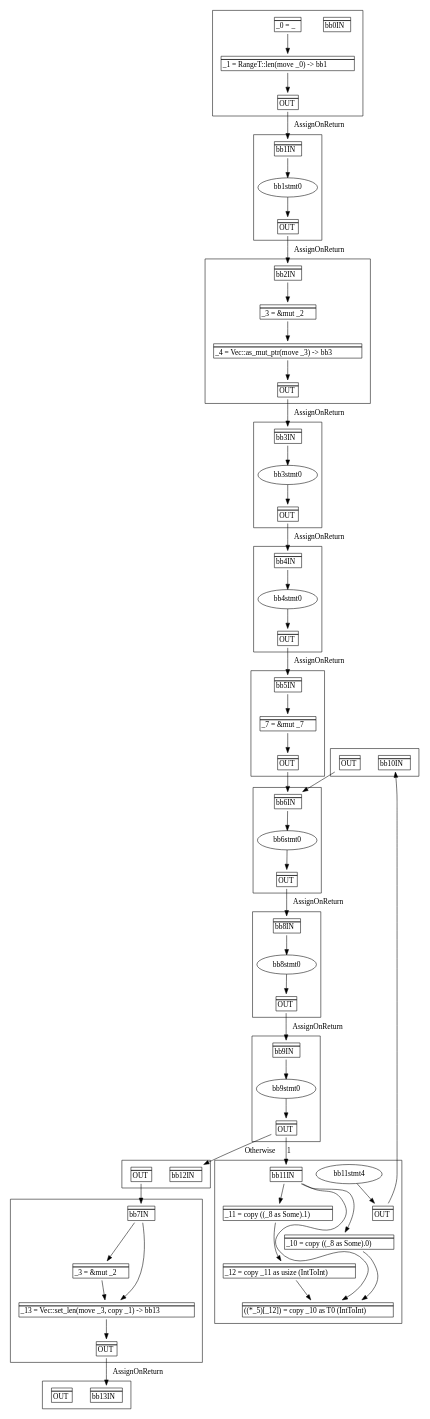
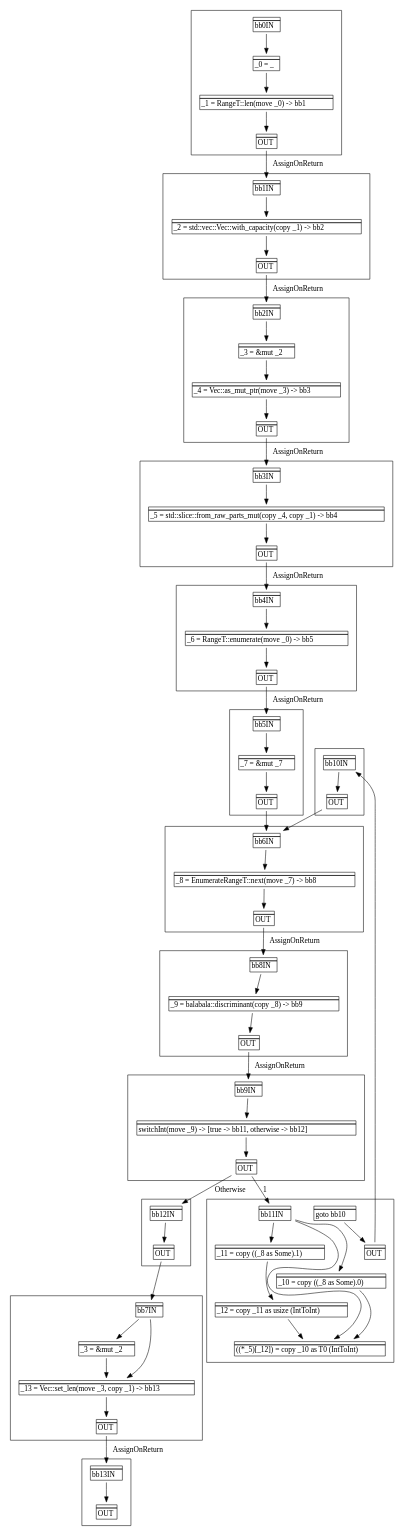
The diagram in crates/rpl_graphviz/graphs/cve_2021_29941_2_pat_ddg.dot (stuuupidcat/RPL), drawn with Graphviz before and after one commit. The commit also changed 8 other files, not shown here.

```diff
--- a/crates/rpl_graphviz/graphs/cve_2021_29941_2_pat_ddg.dot
+++ b/crates/rpl_graphviz/graphs/cve_2021_29941_2_pat_ddg.dot
@@ -1,114 +1,125 @@
 digraph name {
 subgraph cluster_bb0 {
     bb0IN [shape="none", label=<<table border="0" cellborder="1" cellspacing="0"><tr><td  align="center" colspan="1"></td></tr><tr><td align="left">bb0IN</td></tr></table>>];
+    bb0OUT [shape="none", label=<<table border="0" cellborder="1" cellspacing="0"><tr><td  align="center" colspan="1"></td></tr><tr><td align="left">OUT</td></tr></table>>];
     bb0stmt0 [shape="none", label=<<table border="0" cellborder="1" cellspacing="0"><tr><td  align="center" colspan="1"></td></tr><tr><td align="left">_0 = _</td></tr></table>>];
     bb0stmt1 [shape="none", label=<<table border="0" cellborder="1" cellspacing="0"><tr><td  align="center" colspan="1"></td></tr><tr><td align="left">_1 = RangeT::len(move _0) -&gt; bb1</td></tr></table>>];
-    bb0OUT [shape="none", label=<<table border="0" cellborder="1" cellspacing="0"><tr><td  align="center" colspan="1"></td></tr><tr><td align="left">OUT</td></tr></table>>];
+    bb0stmt1 -> bb0OUT [label=""];
+    bb0IN -> bb0stmt0 [label=""];
     bb0stmt0 -> bb0stmt1 [label=""];
-    bb0stmt1 -> bb0OUT [label=""];
 }
 subgraph cluster_bb1 {
     bb1IN [shape="none", label=<<table border="0" cellborder="1" cellspacing="0"><tr><td  align="center" colspan="1"></td></tr><tr><td align="left">bb1IN</td></tr></table>>];
     bb1OUT [shape="none", label=<<table border="0" cellborder="1" cellspacing="0"><tr><td  align="center" colspan="1"></td></tr><tr><td align="left">OUT</td></tr></table>>];
+    bb1stmt0 [shape="none", label=<<table border="0" cellborder="1" cellspacing="0"><tr><td  align="center" colspan="1"></td></tr><tr><td align="left">_2 = std::vec::Vec::with_capacity(copy _1) -&gt; bb2</td></tr></table>>];
     bb1IN -> bb1stmt0 [label=""];
     bb1stmt0 -> bb1OUT [label=""];
 }
 subgraph cluster_bb2 {
     bb2IN [shape="none", label=<<table border="0" cellborder="1" cellspacing="0"><tr><td  align="center" colspan="1"></td></tr><tr><td align="left">bb2IN</td></tr></table>>];
+    bb2OUT [shape="none", label=<<table border="0" cellborder="1" cellspacing="0"><tr><td  align="center" colspan="1"></td></tr><tr><td align="left">OUT</td></tr></table>>];
     bb2stmt0 [shape="none", label=<<table border="0" cellborder="1" cellspacing="0"><tr><td  align="center" colspan="1"></td></tr><tr><td align="left">_3 = &amp;mut _2</td></tr></table>>];
     bb2stmt1 [shape="none", label=<<table border="0" cellborder="1" cellspacing="0"><tr><td  align="center" colspan="1"></td></tr><tr><td align="left">_4 = Vec::as_mut_ptr(move _3) -&gt; bb3</td></tr></table>>];
-    bb2OUT [shape="none", label=<<table border="0" cellborder="1" cellspacing="0"><tr><td  align="center" colspan="1"></td></tr><tr><td align="left">OUT</td></tr></table>>];
     bb2IN -> bb2stmt0 [label=""];
+    bb2stmt1 -> bb2OUT [label=""];
     bb2stmt0 -> bb2stmt1 [label=""];
-    bb2stmt1 -> bb2OUT [label=""];
 }
 subgraph cluster_bb3 {
     bb3IN [shape="none", label=<<table border="0" cellborder="1" cellspacing="0"><tr><td  align="center" colspan="1"></td></tr><tr><td align="left">bb3IN</td></tr></table>>];
     bb3OUT [shape="none", label=<<table border="0" cellborder="1" cellspacing="0"><tr><td  align="center" colspan="1"></td></tr><tr><td align="left">OUT</td></tr></table>>];
+    bb3stmt0 [shape="none", label=<<table border="0" cellborder="1" cellspacing="0"><tr><td  align="center" colspan="1"></td></tr><tr><td align="left">_5 = std::slice::from_raw_parts_mut(copy _4, copy _1) -&gt; bb4</td></tr></table>>];
     bb3IN -> bb3stmt0 [label=""];
     bb3stmt0 -> bb3OUT [label=""];
 }
 subgraph cluster_bb4 {
     bb4IN [shape="none", label=<<table border="0" cellborder="1" cellspacing="0"><tr><td  align="center" colspan="1"></td></tr><tr><td align="left">bb4IN</td></tr></table>>];
     bb4OUT [shape="none", label=<<table border="0" cellborder="1" cellspacing="0"><tr><td  align="center" colspan="1"></td></tr><tr><td align="left">OUT</td></tr></table>>];
+    bb4stmt0 [shape="none", label=<<table border="0" cellborder="1" cellspacing="0"><tr><td  align="center" colspan="1"></td></tr><tr><td align="left">_6 = RangeT::enumerate(move _0) -&gt; bb5</td></tr></table>>];
     bb4IN -> bb4stmt0 [label=""];
     bb4stmt0 -> bb4OUT [label=""];
 }
 subgraph cluster_bb5 {
     bb5IN [shape="none", label=<<table border="0" cellborder="1" cellspacing="0"><tr><td  align="center" colspan="1"></td></tr><tr><td align="left">bb5IN</td></tr></table>>];
+    bb5OUT [shape="none", label=<<table border="0" cellborder="1" cellspacing="0"><tr><td  align="center" colspan="1"></td></tr><tr><td align="left">OUT</td></tr></table>>];
     bb5stmt0 [shape="none", label=<<table border="0" cellborder="1" cellspacing="0"><tr><td  align="center" colspan="1"></td></tr><tr><td align="left">_7 = &amp;mut _7</td></tr></table>>];
-    bb5OUT [shape="none", label=<<table border="0" cellborder="1" cellspacing="0"><tr><td  align="center" colspan="1"></td></tr><tr><td align="left">OUT</td></tr></table>>];
     bb5IN -> bb5stmt0 [label=""];
     bb5stmt0 -> bb5OUT [label=""];
 }
 subgraph cluster_bb6 {
     bb6IN [shape="none", label=<<table border="0" cellborder="1" cellspacing="0"><tr><td  align="center" colspan="1"></td></tr><tr><td align="left">bb6IN</td></tr></table>>];
     bb6OUT [shape="none", label=<<table border="0" cellborder="1" cellspacing="0"><tr><td  align="center" colspan="1"></td></tr><tr><td align="left">OUT</td></tr></table>>];
+    bb6stmt0 [shape="none", label=<<table border="0" cellborder="1" cellspacing="0"><tr><td  align="center" colspan="1"></td></tr><tr><td align="left">_8 = EnumerateRangeT::next(move _7) -&gt; bb8</td></tr></table>>];
     bb6IN -> bb6stmt0 [label=""];
     bb6stmt0 -> bb6OUT [label=""];
 }
 subgraph cluster_bb7 {
     bb7IN [shape="none", label=<<table border="0" cellborder="1" cellspacing="0"><tr><td  align="center" colspan="1"></td></tr><tr><td align="left">bb7IN</td></tr></table>>];
+    bb7OUT [shape="none", label=<<table border="0" cellborder="1" cellspacing="0"><tr><td  align="center" colspan="1"></td></tr><tr><td align="left">OUT</td></tr></table>>];
     bb7stmt0 [shape="none", label=<<table border="0" cellborder="1" cellspacing="0"><tr><td  align="center" colspan="1"></td></tr><tr><td align="left">_3 = &amp;mut _2</td></tr></table>>];
     bb7stmt1 [shape="none", label=<<table border="0" cellborder="1" cellspacing="0"><tr><td  align="center" colspan="1"></td></tr><tr><td align="left">_13 = Vec::set_len(move _3, copy _1) -&gt; bb13</td></tr></table>>];
-    bb7OUT [shape="none", label=<<table border="0" cellborder="1" cellspacing="0"><tr><td  align="center" colspan="1"></td></tr><tr><td align="left">OUT</td></tr></table>>];
     bb7IN -> bb7stmt0 [label=""];
     bb7IN -> bb7stmt1 [label=""];
+    bb7stmt1 -> bb7OUT [label=""];
     bb7stmt0 -> bb7stmt1 [label=""];
-    bb7stmt1 -> bb7OUT [label=""];
 }
 subgraph cluster_bb8 {
     bb8IN [shape="none", label=<<table border="0" cellborder="1" cellspacing="0"><tr><td  align="center" colspan="1"></td></tr><tr><td align="left">bb8IN</td></tr></table>>];
     bb8OUT [shape="none", label=<<table border="0" cellborder="1" cellspacing="0"><tr><td  align="center" colspan="1"></td></tr><tr><td align="left">OUT</td></tr></table>>];
+    bb8stmt0 [shape="none", label=<<table border="0" cellborder="1" cellspacing="0"><tr><td  align="center" colspan="1"></td></tr><tr><td align="left">_9 = balabala::discriminant(copy _8) -&gt; bb9</td></tr></table>>];
     bb8IN -> bb8stmt0 [label=""];
     bb8stmt0 -> bb8OUT [label=""];
 }
 subgraph cluster_bb9 {
     bb9IN [shape="none", label=<<table border="0" cellborder="1" cellspacing="0"><tr><td  align="center" colspan="1"></td></tr><tr><td align="left">bb9IN</td></tr></table>>];
     bb9OUT [shape="none", label=<<table border="0" cellborder="1" cellspacing="0"><tr><td  align="center" colspan="1"></td></tr><tr><td align="left">OUT</td></tr></table>>];
+    bb9stmt0 [shape="none", label=<<table border="0" cellborder="1" cellspacing="0"><tr><td  align="center" colspan="1"></td></tr><tr><td align="left">switchInt(move _9) -&gt; [true -&gt; bb11, otherwise -&gt; bb12]</td></tr></table>>];
     bb9IN -> bb9stmt0 [label=""];
     bb9stmt0 -> bb9OUT [label=""];
 }
 subgraph cluster_bb10 {
     bb10IN [shape="none", label=<<table border="0" cellborder="1" cellspacing="0"><tr><td  align="center" colspan="1"></td></tr><tr><td align="left">bb10IN</td></tr></table>>];
     bb10OUT [shape="none", label=<<table border="0" cellborder="1" cellspacing="0"><tr><td  align="center" colspan="1"></td></tr><tr><td align="left">OUT</td></tr></table>>];
+    bb10IN -> bb10OUT [label=""];
 }
 subgraph cluster_bb11 {
     bb11IN [shape="none", label=<<table border="0" cellborder="1" cellspacing="0"><tr><td  align="center" colspan="1"></td></tr><tr><td align="left">bb11IN</td></tr></table>>];
+    bb11OUT [shape="none", label=<<table border="0" cellborder="1" cellspacing="0"><tr><td  align="center" colspan="1"></td></tr><tr><td align="left">OUT</td></tr></table>>];
     bb11stmt0 [shape="none", label=<<table border="0" cellborder="1" cellspacing="0"><tr><td  align="center" colspan="1"></td></tr><tr><td align="left">_10 = copy ((_8 as Some).0)</td></tr></table>>];
     bb11stmt1 [shape="none", label=<<table border="0" cellborder="1" cellspacing="0"><tr><td  align="center" colspan="1"></td></tr><tr><td align="left">_11 = copy ((_8 as Some).1)</td></tr></table>>];
     bb11stmt2 [shape="none", label=<<table border="0" cellborder="1" cellspacing="0"><tr><td  align="center" colspan="1"></td></tr><tr><td align="left">_12 = copy _11 as usize (IntToInt)</td></tr></table>>];
     bb11stmt3 [shape="none", label=<<table border="0" cellborder="1" cellspacing="0"><tr><td  align="center" colspan="1"></td></tr><tr><td align="left">((*_5)[_12]) = copy _10 as T0 (IntToInt)</td></tr></table>>];
-    bb11OUT [shape="none", label=<<table border="0" cellborder="1" cellspacing="0"><tr><td  align="center" colspan="1"></td></tr><tr><td align="left">OUT</td></tr></table>>];
+    bb11stmt4 [shape="none", label=<<table border="0" cellborder="1" cellspacing="0"><tr><td  align="center" colspan="1"></td></tr><tr><td align="left">goto bb10</td></tr></table>>];
     bb11IN -> bb11stmt0 [label=""];
     bb11IN -> bb11stmt1 [label=""];
     bb11IN -> bb11stmt3 [label=""];
+    bb11stmt4 -> bb11OUT [label=""];
     bb11stmt1 -> bb11stmt2 [label=""];
     bb11stmt0 -> bb11stmt3 [label=""];
     bb11stmt2 -> bb11stmt3 [label=""];
-    bb11stmt4 -> bb11OUT [label=""];
 }
 subgraph cluster_bb12 {
     bb12IN [shape="none", label=<<table border="0" cellborder="1" cellspacing="0"><tr><td  align="center" colspan="1"></td></tr><tr><td align="left">bb12IN</td></tr></table>>];
     bb12OUT [shape="none", label=<<table border="0" cellborder="1" cellspacing="0"><tr><td  align="center" colspan="1"></td></tr><tr><td align="left">OUT</td></tr></table>>];
+    bb12IN -> bb12OUT [label=""];
 }
 subgraph cluster_bb13 {
     bb13IN [shape="none", label=<<table border="0" cellborder="1" cellspacing="0"><tr><td  align="center" colspan="1"></td></tr><tr><td align="left">bb13IN</td></tr></table>>];
     bb13OUT [shape="none", label=<<table border="0" cellborder="1" cellspacing="0"><tr><td  align="center" colspan="1"></td></tr><tr><td align="left">OUT</td></tr></table>>];
+    bb13IN -> bb13OUT [label=""];
 }
 
     bb0OUT -> bb1IN [label="AssignOnReturn"]
     bb1OUT -> bb2IN [label="AssignOnReturn"]
     bb2OUT -> bb3IN [label="AssignOnReturn"]
     bb3OUT -> bb4IN [label="AssignOnReturn"]
     bb4OUT -> bb5IN [label="AssignOnReturn"]
     bb5OUT -> bb6IN [label=""]
     bb6OUT -> bb8IN [label="AssignOnReturn"]
     bb7OUT -> bb13IN [label="AssignOnReturn"]
     bb8OUT -> bb9IN [label="AssignOnReturn"]
     bb9OUT -> bb11IN [label="1"]
     bb9OUT -> bb12IN [label="Otherwise"]
     bb10OUT -> bb6IN [label=""]
     bb11OUT -> bb10IN [label=""]
     bb12OUT -> bb7IN [label=""]
 }
```
